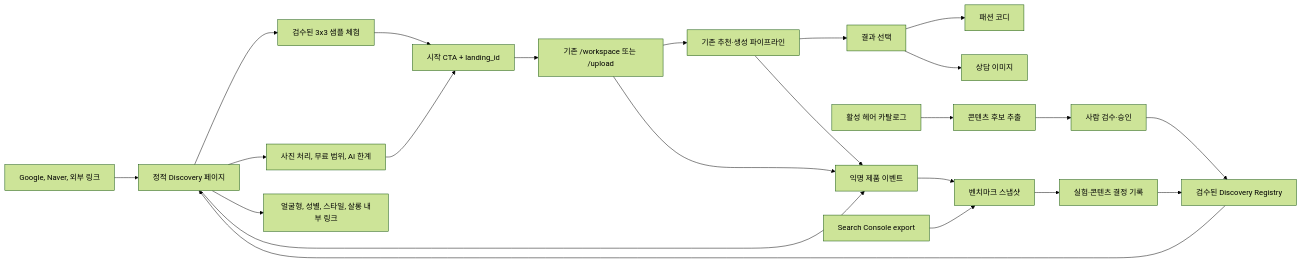
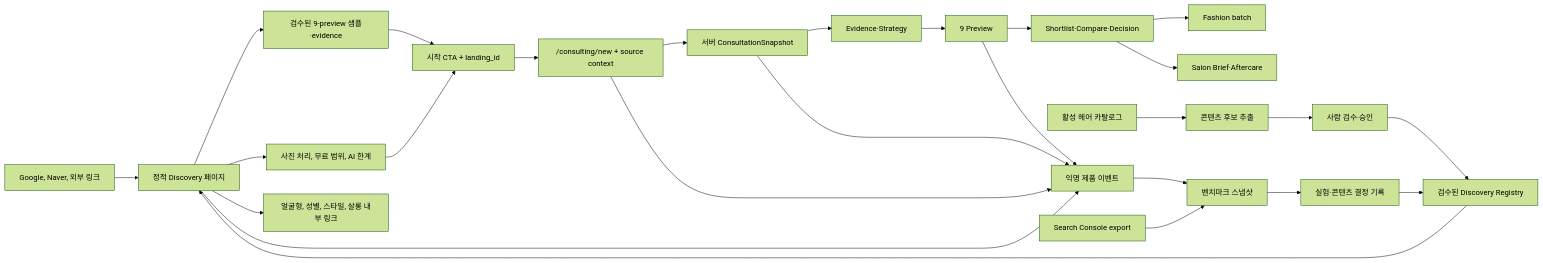
One commit to ImOrenge/hairstyleprivew changed the first of 2 diagrams in docs/search-benchmark/architecture.md. Above: the diagram before and after it, drawn with Mermaid (forest theme). The commit also changed other lines of this file and 10 other files, not shown here.

````diff
--- a/docs/search-benchmark/architecture.md
+++ b/docs/search-benchmark/architecture.md
@@ -102,27 +108,30 @@
 ```mermaid
 flowchart LR
   Search["Google, Naver, 외부 링크"] --> Discovery["정적 Discovery 페이지"]
-  Discovery --> Demo["검수된 3x3 샘플 체험"]
+  Discovery --> Demo["검수된 9-preview 샘플·evidence"]
   Discovery --> Trust["사진 처리, 무료 범위, AI 한계"]
   Discovery --> Related["얼굴형, 성별, 스타일, 살롱 내부 링크"]
   Demo --> CTA["시작 CTA + landing_id"]
   Trust --> CTA
-  CTA --> Workspace["기존 /workspace 또는 /upload"]
-  Workspace --> Generation["기존 추천·생성 파이프라인"]
-  Generation --> Result["결과 선택"]
-  Result --> Fashion["패션 코디"]
-  Result --> Salon["상담 이미지"]
+  CTA --> Entry["/consulting/new + source context"]
+  Entry --> Snapshot["서버 ConsultationSnapshot"]
+  Snapshot --> Analysis["Evidence·Strategy"]
+  Analysis --> Generation["9 Preview"]
+  Generation --> Result["Shortlist·Compare·Decision"]
+  Result --> Fashion["Fashion batch"]
+  Result --> Salon["Salon Brief·Aftercare"]
 
   Registry["검수된 Discovery Registry"] --> Discovery
   Catalog["활성 헤어 카탈로그"] --> Suggestion["콘텐츠 후보 추출"]
   Suggestion --> Review["사람 검수·승인"]
   Review --> Registry
 
   Discovery --> Events["익명 제품 이벤트"]
-  Workspace --> Events
+  Entry --> Events
+  Snapshot --> Events
   Generation --> Events
   SearchConsole["Search Console export"] --> Benchmark["벤치마크 스냅샷"]
   Events --> Benchmark
   Benchmark --> Decision["실험·콘텐츠 결정 기록"]
   Decision --> Registry
 ```
````
